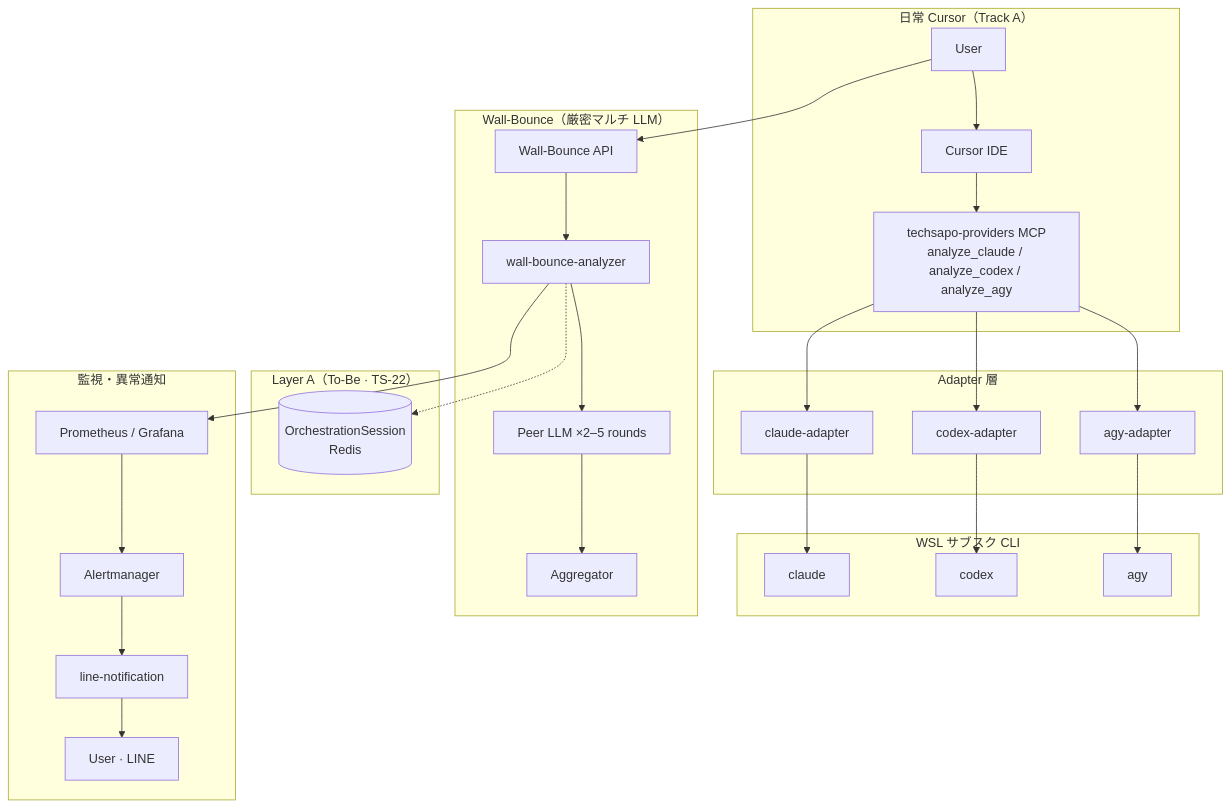
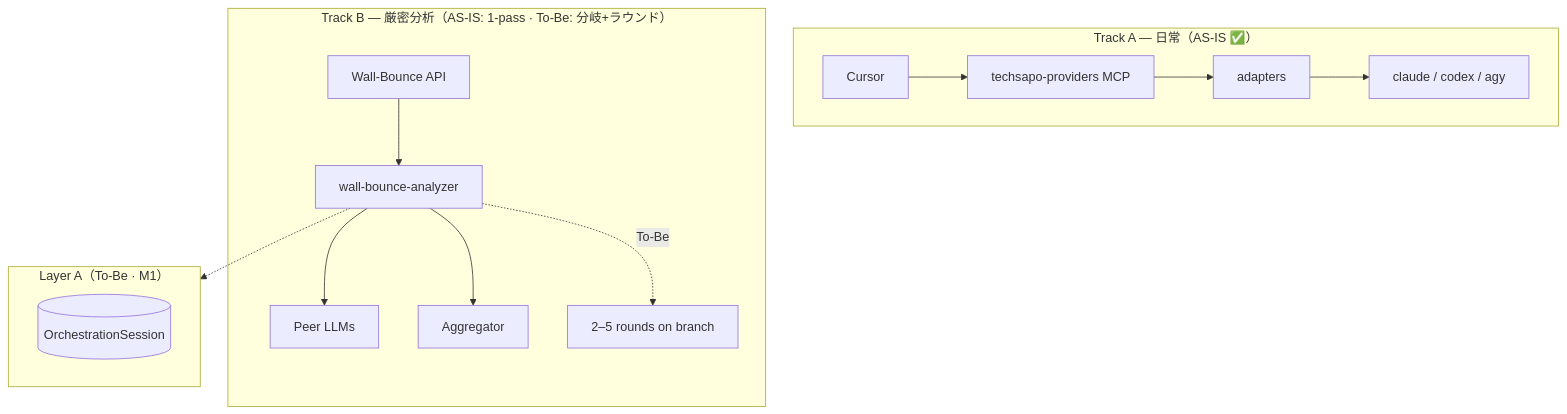
Before and after one commit to wombat2006/techdev-cursor: the diagram in README.md, drawn with Mermaid. The commit also changed other lines of this file and 17 other files, not shown here.

First line of the commit message:
docs: Wall-Bounce AS-IS/To-Be from code audit and README goal roadmap

````diff
--- a/README.md
+++ b/README.md
@@ -42,47 +89,20 @@
 ```mermaid
 flowchart TB
-  subgraph trackA["日常 Cursor（Track A）"]
-    U1[User]
-    CUR[Cursor IDE]
-    MCP[techsapo-providers MCP<br/>analyze_claude / analyze_codex / analyze_agy]
+  subgraph trackA["Track A — 日常（AS-IS ✅）"]
+    CUR[Cursor] --> MCP[techsapo-providers MCP]
+    MCP --> AD[adapters] --> CLI[claude / codex / agy]
   end
 
-  subgraph adapters["Adapter 層"]
-    AD1[claude-adapter]
-    AD2[codex-adapter]
-    AD3[agy-adapter]
+  subgraph trackB["Track B — 厳密分析（AS-IS: 1-pass · To-Be: 分岐+ラウンド）"]
+    API[Wall-Bounce API] --> WBA[wall-bounce-analyzer]
+    WBA --> PEER[Peer LLMs]
+    WBA --> AGG[Aggregator]
+    WBA -.->|To-Be| ROUNDS[2–5 rounds on branch]
   end
 
-  subgraph cli["WSL サブスク CLI"]
-    CL[claude]
-    CX[codex]
-    AG[agy]
+  subgraph mem["Layer A（To-Be · M1）"]
+    REDIS[(OrchestrationSession)]
   end
 
-  subgraph wb["Wall-Bounce（厳密マルチ LLM）"]
-    API[Wall-Bounce API]
-    WBA[wall-bounce-analyzer]
-    PEER[Peer LLM ×2–5 rounds]
-    AGG[Aggregator]
-  end
-
-  subgraph mem["Layer A（To-Be · TS-22）"]
-    REDIS[(OrchestrationSession<br/>Redis)]
-  end
-
-  subgraph mon["監視・異常通知"]
-    PROM[Prometheus / Grafana]
-    AM[Alertmanager]
-    LN[line-notification]
-    U2[User · LINE]
-  end
-
-  U1 --> CUR --> MCP
-  MCP --> AD1 & AD2 & AD3
-  AD1 --> CL
-  AD2 --> CX
-  AD3 --> AG
-  U1 --> API --> WBA --> PEER --> AGG
-  WBA -.-> REDIS
-  WBA --> PROM --> AM --> LN --> U2
+  WBA -.-> mem
 ```
````
